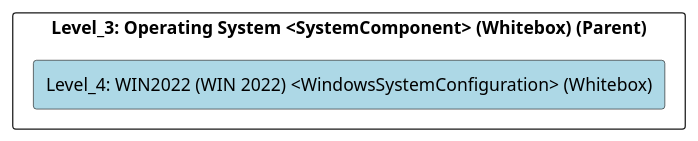
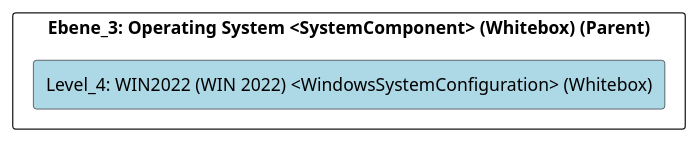
The diagram in src/cleon.architecturemethods.arc42.sample/doc/cleon_architecturemethods_arc42_sample_system/adoc/en/05_building_block_view/ikt/infrastruture/operating_system/win2022/level_4_win2022.adoc (marcozwyssig/cleon), drawn with PlantUML before and after one commit. The commit also changed other lines of this file and 620 other files, not shown here.

```diff
--- a/src/cleon.architecturemethods.arc42.sample/doc/cleon_architecturemethods_arc42_sample_system/adoc/en/05_building_block_view/ikt/infrastruture/operating_system/win2022/level_4_win2022.adoc
+++ b/src/cleon.architecturemethods.arc42.sample/doc/cleon_architecturemethods_arc42_sample_system/adoc/en/05_building_block_view/ikt/infrastruture/operating_system/win2022/level_4_win2022.adoc
@@ -20,24 +20,24 @@
 [plantuml, Level_4: WIN2022 (WIN 2022) <WindowsSystemConfiguration> (Whitebox)BlockOverview, format="svg"]
 ----
 @startuml Level_4: WIN2022 (WIN 2022) <WindowsSystemConfiguration> (Whitebox)BuildingBlockOverview
 
 skinparam ranksep 10
 skinparam componentStyle rectangle
 skinparam shadowing false
 skinparam arrowColor lightblue
 skinparam arrowThickness 1.2
 skinparam rectangle {
   BackgroundColor White
   BorderColor #333
   RoundCorner 10
 }
 top to bottom direction
 
-component "Level_3: Operating System <SystemComponent> (Whitebox) (Parent)" {
+component "Ebene_3: Operating System <SystemComponent> (Whitebox) (Parent)" {
     component "Level_4: WIN2022 (WIN 2022) <WindowsSystemConfiguration> (Whitebox)" #lightblue {
     }
 
 }
 
 @enduml
 ----
```
